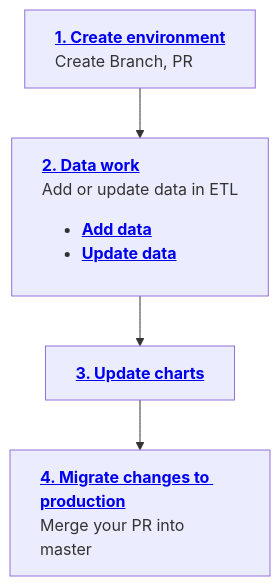
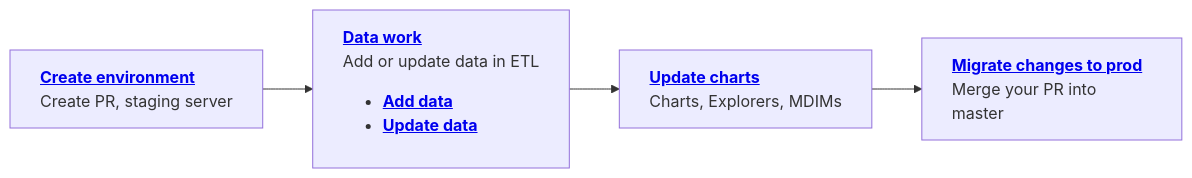
Before and after one commit to owid/etl: the diagram in docs/guides/data-work/index.md, drawn with Mermaid. The commit also changed other lines of this file and 26 other files, not shown here.

````diff
--- a/docs/guides/data-work/index.md
+++ b/docs/guides/data-work/index.md
@@ -8,12 +9,12 @@
 ```mermaid
-graph TD
-    A["<a href='#1-create-environment'><b>1. Create environment</b></a><br>Create Branch, PR"]
-    A --> B["<a href='#2-data-work'><b>2. Data work</b></a><br>Add or update data in ETL<br><ul><li value='2.1.'><a href='add-data'><b>Add data</b></a></li><li><a href='update-data'><b>Update data</b></a></li></ul>"]
-    B --> C["<a href='update-charts'><b>3. Update charts</b></a>"]
-    C --> D["<a href='#4-migrate-changes'><b>4. Migrate changes to production</b></a><br>Merge your PR into master"]
+graph LR
+    A["<a href='#create-environment'><b>Create environment</b></a><br>Create PR, staging server"]
+    A --> B["<a href='#data-work'><b>Data work</b></a><br>Add or update data in ETL<br><ul><li value='2.1.'><a href='add-data'><b>Add data</b></a></li><li><a href='update-data'><b>Update data</b></a></li></ul>"]
+    B --> C["<a href='#update-charts'><b>Update charts</b></a><br>Charts, Explorers, MDIMs"]
+    C --> D["<a href='#migrate-changes'><b>Migrate changes to prod</b></a><br>Merge your PR into master"]
 
     style A text-align:left;
     style B text-align:left;
     style C text-align:left;
     style D text-align:left;
 ```
````
